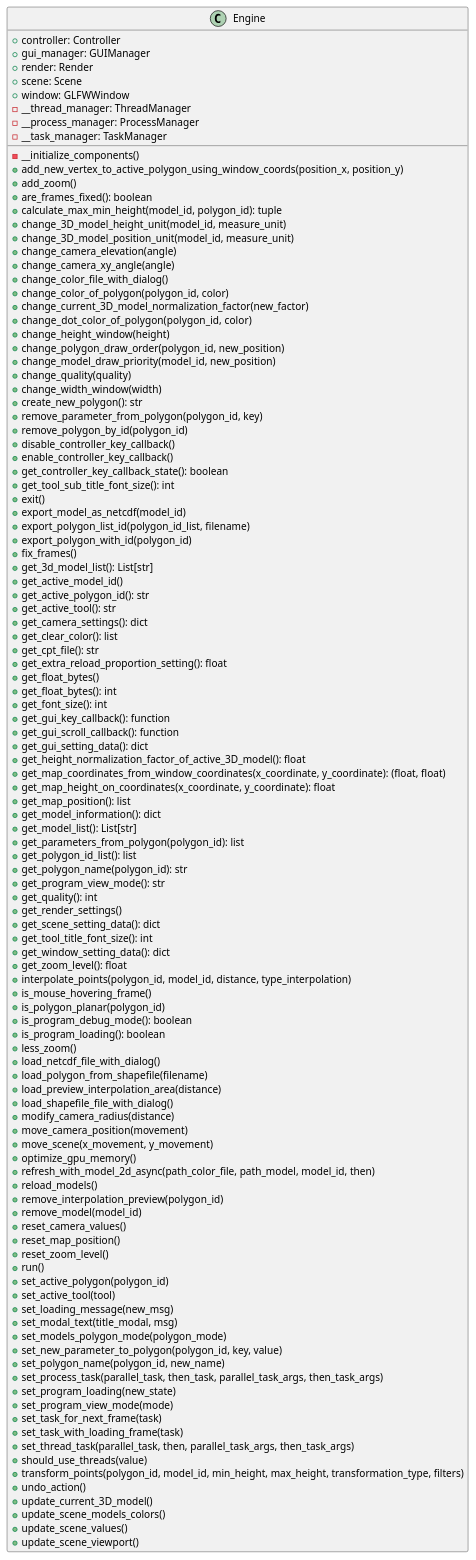
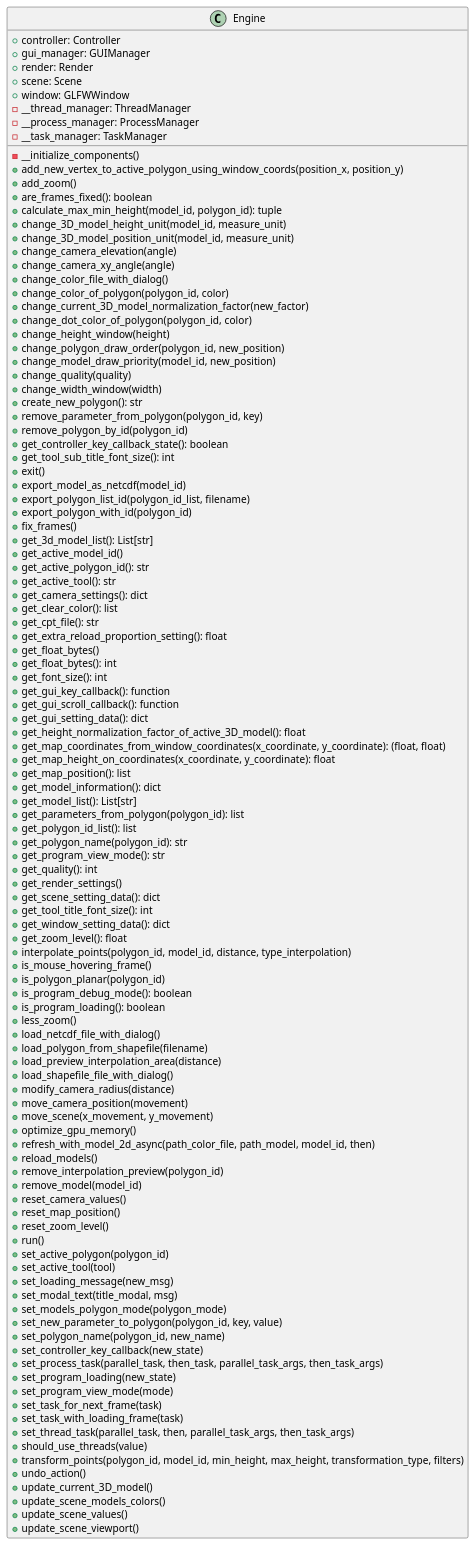
Before and after one commit to ferpoble2/Relief_Creator: the diagram in docs/classes/Engine.puml, drawn with PlantUML. The commit also changed 11 other files, not shown here.

First line of the commit message:
Changed enable/disable method to set.

```diff
--- a/docs/classes/Engine.puml
+++ b/docs/classes/Engine.puml
@@ -1,116 +1,115 @@
 @startuml
 class Engine {
     + controller: Controller
     + gui_manager: GUIManager
     + render: Render
     + scene: Scene
     + window: GLFWWindow
     - __thread_manager: ThreadManager
     - __process_manager: ProcessManager
     - __task_manager: TaskManager
 
     - __initialize_components()
     + add_new_vertex_to_active_polygon_using_window_coords(position_x, position_y)
     + add_zoom()
     + are_frames_fixed(): boolean
     + calculate_max_min_height(model_id, polygon_id): tuple
     + change_3D_model_height_unit(model_id, measure_unit)
     + change_3D_model_position_unit(model_id, measure_unit)
     + change_camera_elevation(angle)
     + change_camera_xy_angle(angle)
     + change_color_file_with_dialog()
     + change_color_of_polygon(polygon_id, color)
     + change_current_3D_model_normalization_factor(new_factor)
     + change_dot_color_of_polygon(polygon_id,  color)
     + change_height_window(height)
     + change_polygon_draw_order(polygon_id, new_position)
     + change_model_draw_priority(model_id, new_position)
     + change_quality(quality)
     + change_width_window(width)
     + create_new_polygon(): str
     + remove_parameter_from_polygon(polygon_id, key)
     + remove_polygon_by_id(polygon_id)
-    + disable_controller_key_callback()
-    + enable_controller_key_callback()
     + get_controller_key_callback_state(): boolean
     + get_tool_sub_title_font_size(): int
     + exit()
     + export_model_as_netcdf(model_id)
     + export_polygon_list_id(polygon_id_list, filename)
     + export_polygon_with_id(polygon_id)
     + fix_frames()
     + get_3d_model_list(): List[str]
     + get_active_model_id()
     + get_active_polygon_id(): str
     + get_active_tool(): str
     + get_camera_settings(): dict
     + get_clear_color(): list
     + get_cpt_file(): str
     + get_extra_reload_proportion_setting(): float
     + get_float_bytes()
     + get_float_bytes(): int
     + get_font_size(): int
     + get_gui_key_callback(): function
     + get_gui_scroll_callback(): function
     + get_gui_setting_data(): dict
     + get_height_normalization_factor_of_active_3D_model(): float
     + get_map_coordinates_from_window_coordinates(x_coordinate, y_coordinate): (float, float)
     + get_map_height_on_coordinates(x_coordinate, y_coordinate): float
     + get_map_position(): list
     + get_model_information(): dict
     + get_model_list(): List[str]
     + get_parameters_from_polygon(polygon_id): list
     + get_polygon_id_list(): list
     + get_polygon_name(polygon_id): str
     + get_program_view_mode(): str
     + get_quality(): int
     + get_render_settings()
     + get_scene_setting_data(): dict
     + get_tool_title_font_size(): int
     + get_window_setting_data(): dict
     + get_zoom_level(): float
     + interpolate_points(polygon_id, model_id, distance, type_interpolation)
     + is_mouse_hovering_frame()
     + is_polygon_planar(polygon_id)
     + is_program_debug_mode(): boolean
     + is_program_loading(): boolean
     + less_zoom()
     + load_netcdf_file_with_dialog()
     + load_polygon_from_shapefile(filename)
     + load_preview_interpolation_area(distance)
     + load_shapefile_file_with_dialog()
     + modify_camera_radius(distance)
     + move_camera_position(movement)
     + move_scene(x_movement, y_movement)
     + optimize_gpu_memory()
     + refresh_with_model_2d_async(path_color_file, path_model, model_id, then)
     + reload_models()
     + remove_interpolation_preview(polygon_id)
     + remove_model(model_id)
     + reset_camera_values()
     + reset_map_position()
     + reset_zoom_level()
     + run()
     + set_active_polygon(polygon_id)
     + set_active_tool(tool)
     + set_loading_message(new_msg)
     + set_modal_text(title_modal, msg)
     + set_models_polygon_mode(polygon_mode)
     + set_new_parameter_to_polygon(polygon_id, key, value)
     + set_polygon_name(polygon_id, new_name)
+    + set_controller_key_callback(new_state)
     + set_process_task(parallel_task, then_task, parallel_task_args, then_task_args)
     + set_program_loading(new_state)
     + set_program_view_mode(mode)
     + set_task_for_next_frame(task)
     + set_task_with_loading_frame(task)
     + set_thread_task(parallel_task, then, parallel_task_args, then_task_args)
     + should_use_threads(value)
     + transform_points(polygon_id, model_id, min_height, max_height, transformation_type, filters)
     + undo_action()
     + update_current_3D_model()
     + update_scene_models_colors()
     + update_scene_values()
     + update_scene_viewport()
 }
 
 @enduml
```
